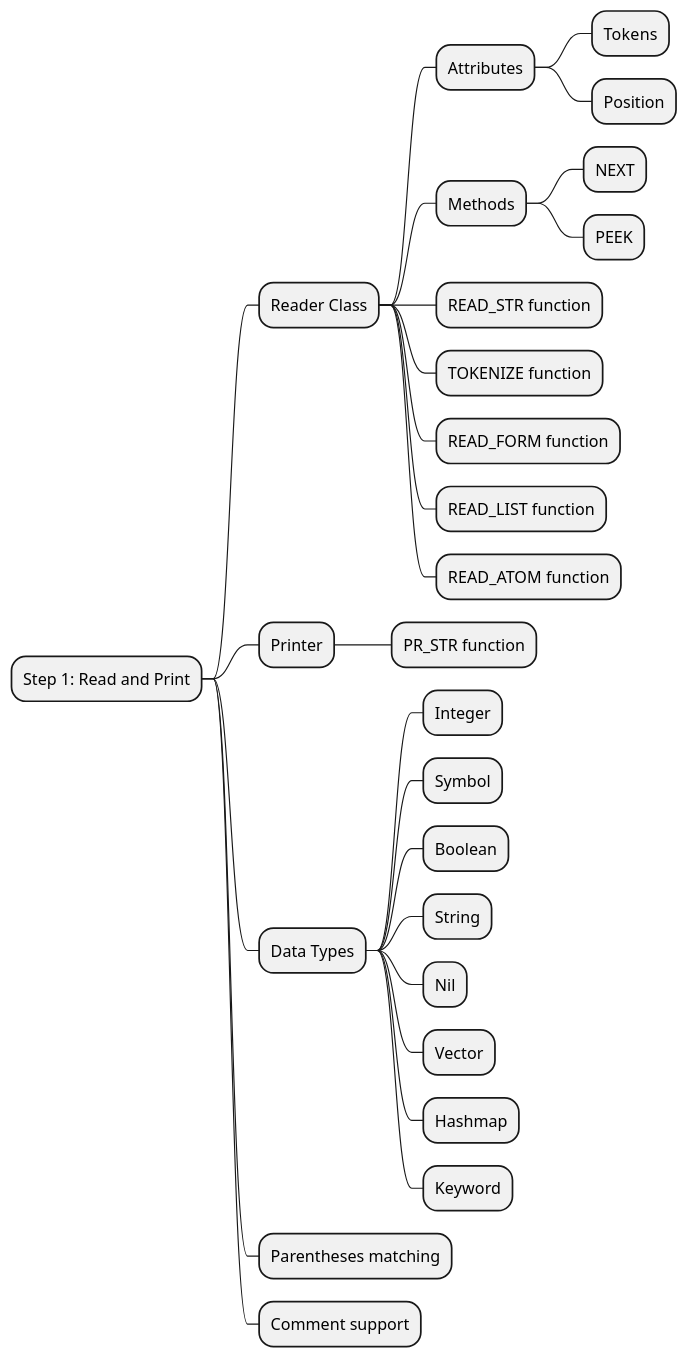
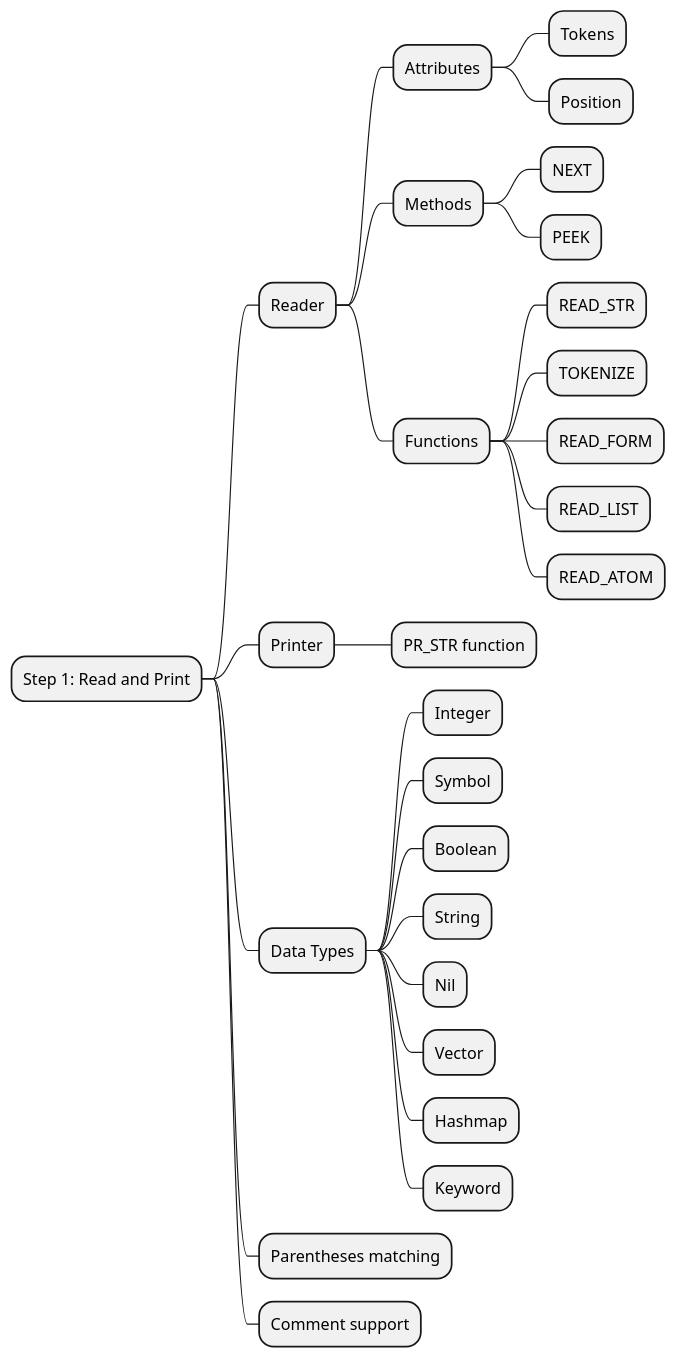
Before and after one commit to Ragnarok540/mal: the second of 2 diagrams in README.md, drawn with PlantUML.

Commit message:
mindmap 5

````diff
--- a/README.md
+++ b/README.md
@@ -15,31 +15,31 @@
 ```plantuml
 @startmindmap
 # Step 1: Read and Print
-## Reader Class
+## Reader
 ### Attributes
 #### Tokens
 #### Position
 ### Methods
 #### NEXT
 #### PEEK
-### READ_STR function
-### TOKENIZE function
-### READ_FORM function
-### READ_LIST function
-### READ_ATOM function
+### Functions
+#### READ_STR
+#### TOKENIZE
+#### READ_FORM
+#### READ_LIST
+#### READ_ATOM
 ## Printer
 ### PR_STR function
 ## Data Types
 ### Integer
 ### Symbol
 ### Boolean
 ### String
 ### Nil
 ### Vector
 ### Hashmap
 ### Keyword
 ## Parentheses matching
 ## Comment support
-
 @endmindmap
 ```
````
